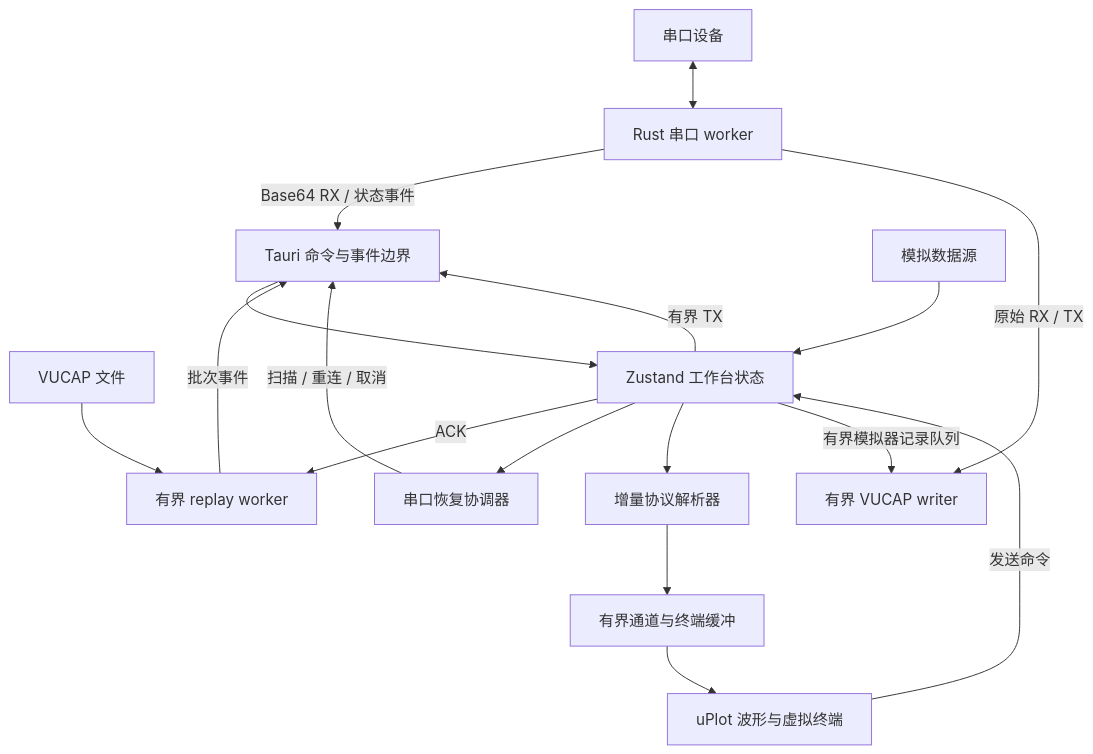
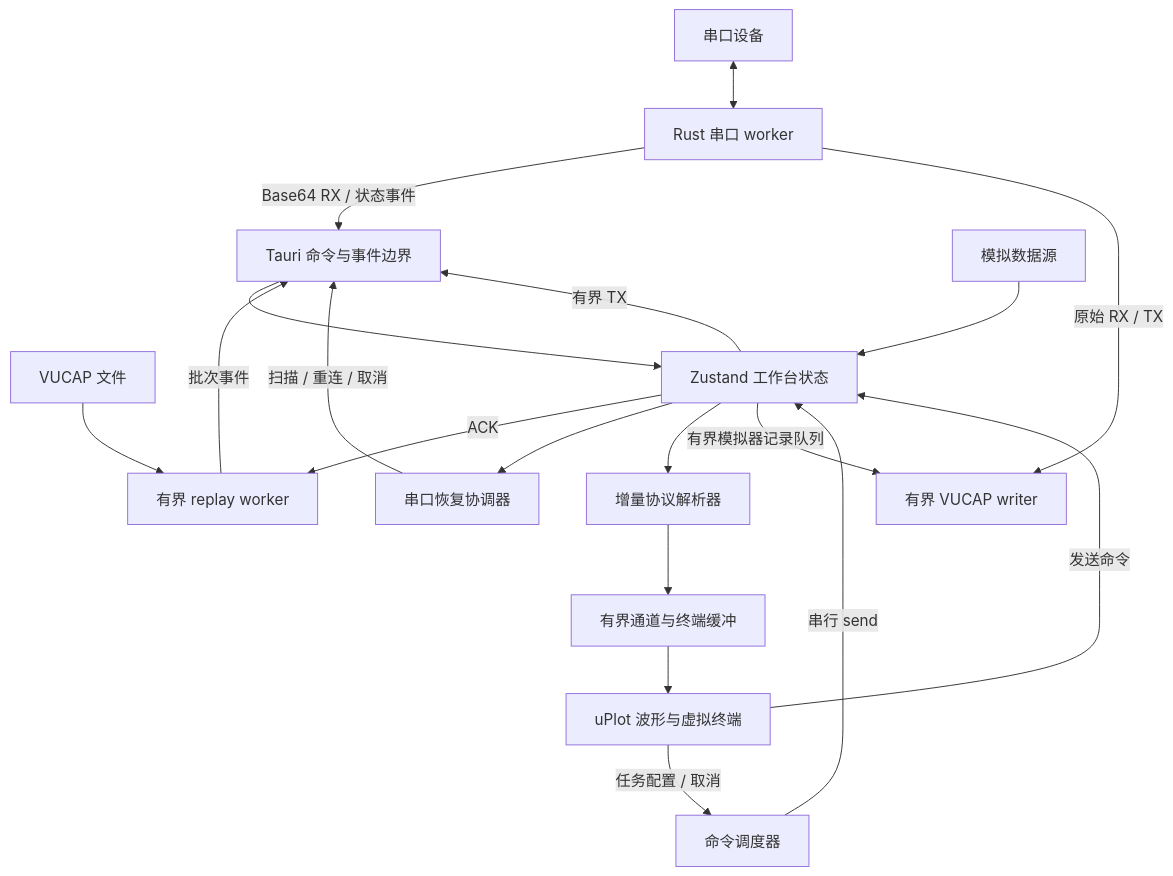
The first of 2 diagrams in docs/architecture.md (woai66/Vofa-Ultra), drawn with Mermaid before and after one commit. The commit also changed other lines of this file and 15 other files, not shown here.

````diff
--- a/docs/architecture.md
+++ b/docs/architecture.md
@@ -8,19 +8,21 @@
 ```mermaid
 flowchart TB
     Device[串口设备] <--> Worker[Rust 串口 worker]
     Worker -->|Base64 RX / 状态事件| Bridge[Tauri 命令与事件边界]
     Worker -->|原始 RX / TX| Recorder[有界 VUCAP writer]
     CaptureFile[VUCAP 文件] --> Replayer[有界 replay worker]
     Replayer -->|批次事件| Bridge
     Store -->|ACK| Replayer
     Bridge --> Store[Zustand 工作台状态]
     Store --> Recovery[串口恢复协调器]
     Recovery -->|扫描 / 重连 / 取消| Bridge
     Store --> Parsers[增量协议解析器]
     Parsers --> Buffers[有界通道与终端缓冲]
     Buffers --> Views[uPlot 波形与虚拟终端]
+    Views -->|任务配置 / 取消| Commands[命令调度器]
+    Commands -->|串行 send| Store
     Simulator[模拟数据源] --> Store
     Store -->|有界模拟器记录队列| Recorder
     Views -->|发送命令| Store
     Store -->|有界 TX| Bridge
 ```
````
